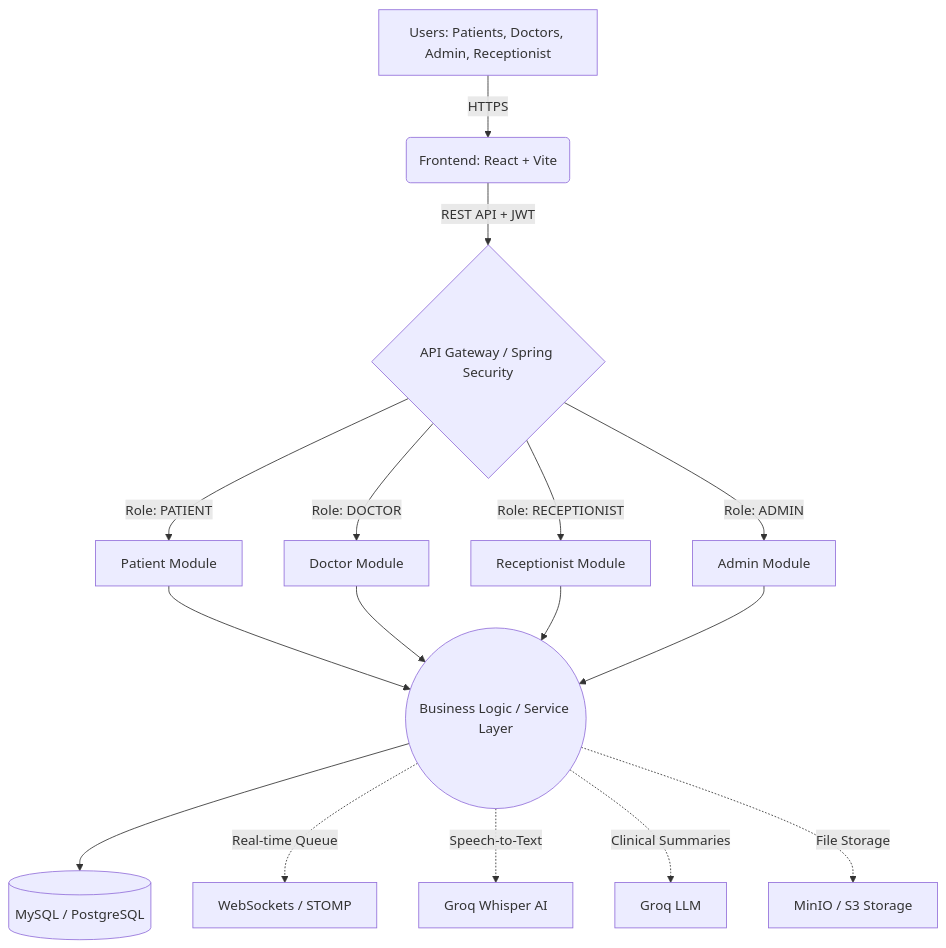
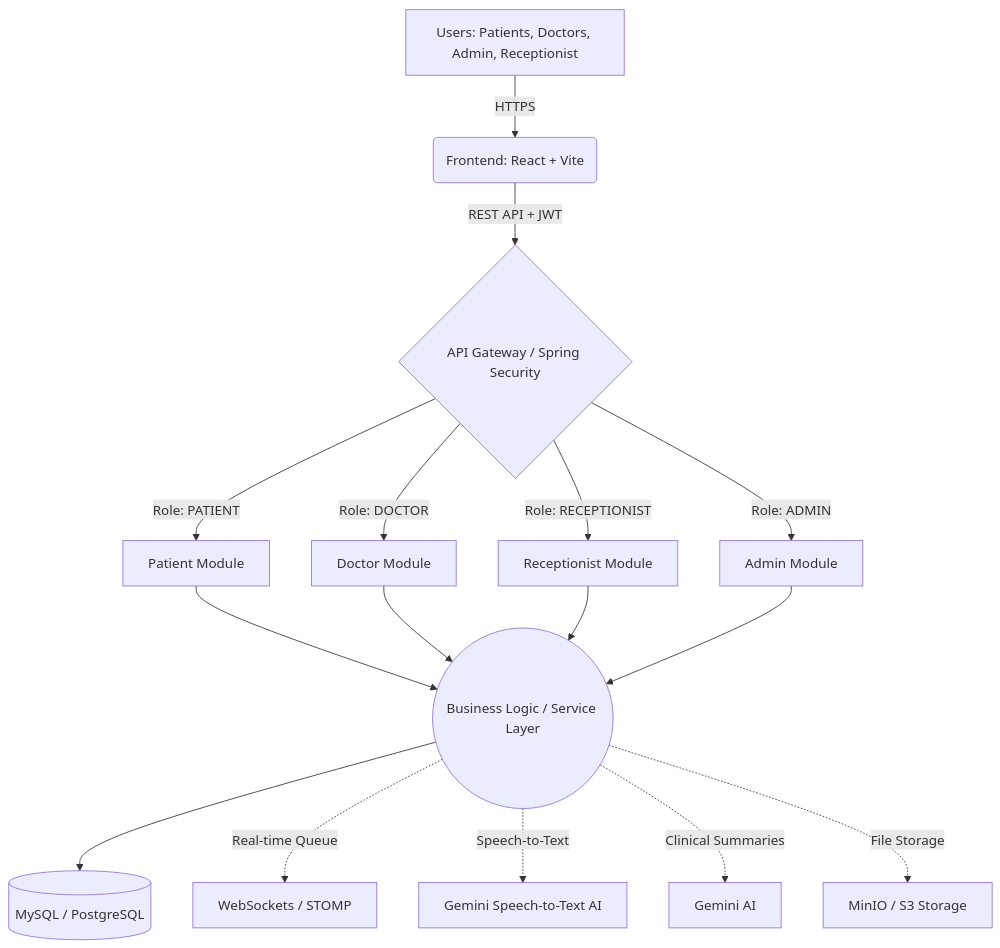
Before and after one commit to VSK-777/ArogyaMitra: the diagram in ARCHITECTURE.md, drawn with Mermaid. The commit also changed other lines of this file and 11 other files, not shown here.

Commit message:
Replace Groq AI with Gemini 2.5 Flash

````diff
--- a/ARCHITECTURE.md
+++ b/ARCHITECTURE.md
@@ -12,22 +12,22 @@
 ```mermaid
 graph TD
     A[Users: Patients, Doctors, Admin, Receptionist] -->|HTTPS| B(Frontend: React + Vite)
     B -->|REST API + JWT| C{API Gateway / Spring Security}
     
     C -->|Role: PATIENT| D[Patient Module]
     C -->|Role: DOCTOR| E[Doctor Module]
     C -->|Role: RECEPTIONIST| F[Receptionist Module]
     C -->|Role: ADMIN| G[Admin Module]
     
     D --> H((Business Logic / Service Layer))
     E --> H
     F --> H
     G --> H
     
     H --> I[(MySQL / PostgreSQL)]
     
     H -.->|Real-time Queue| J[WebSockets / STOMP]
-    H -.->|Speech-to-Text| K[Groq Whisper AI]
-    H -.->|Clinical Summaries| L[Groq LLM]
+    H -.->|Speech-to-Text| K[Gemini Speech-to-Text AI]
+    H -.->|Clinical Summaries| L[Gemini AI]
     H -.->|File Storage| M[MinIO / S3 Storage]
 ```
````
